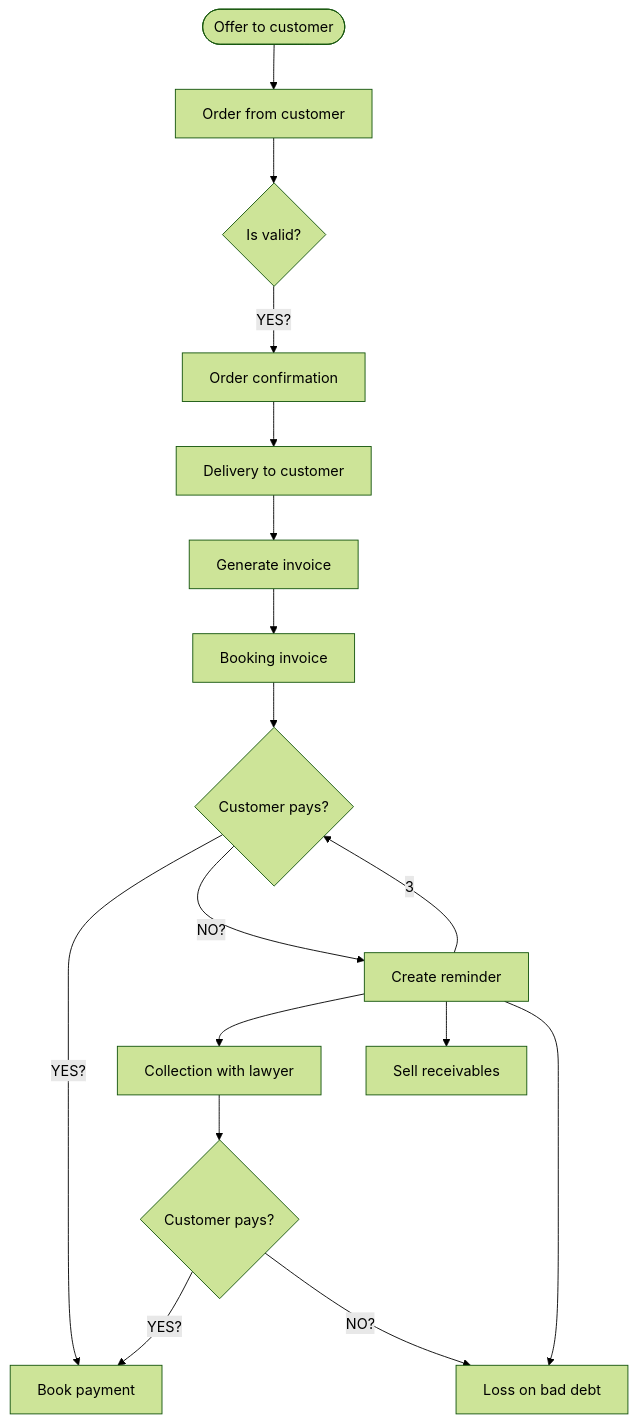
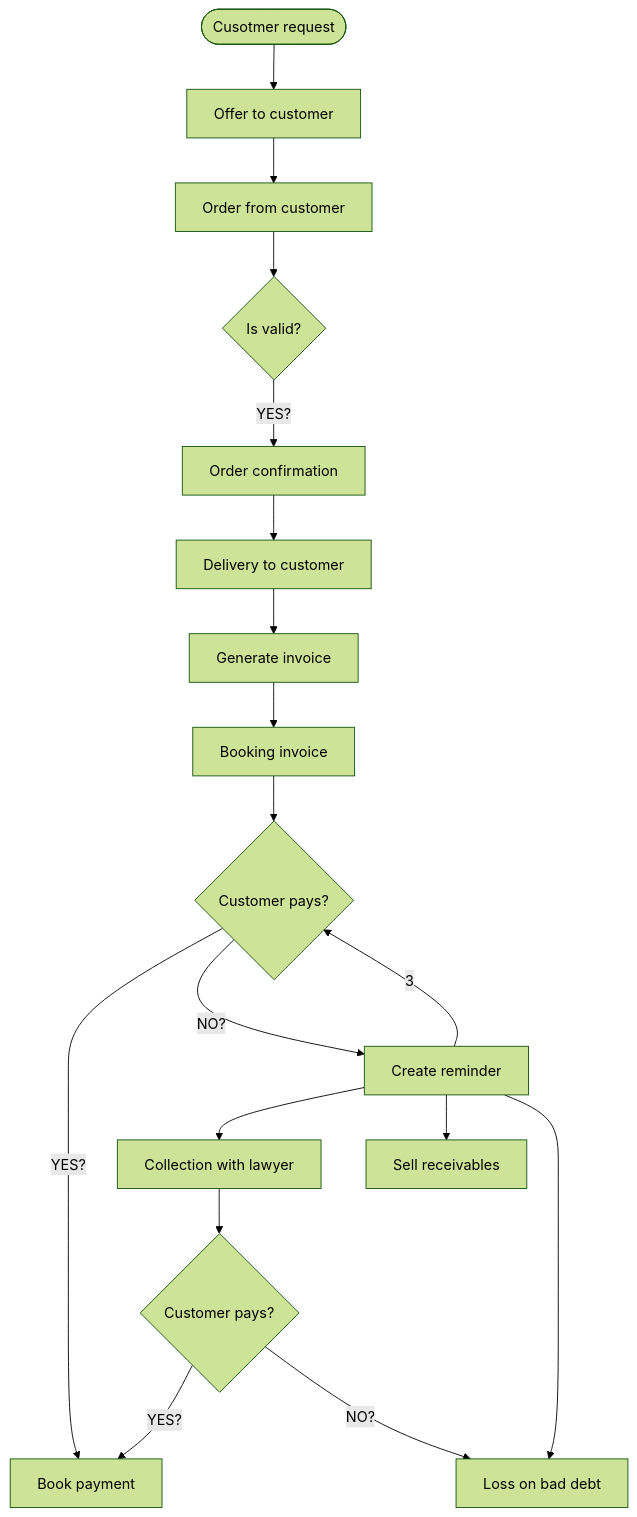
One commit to Karaka-Management/Organization-Guide changed the diagram in Processes/03_Sales_Flowchart.md. Above: the diagram before and after it, drawn with Mermaid (forest theme).

````diff
--- a/Processes/03_Sales_Flowchart.md
+++ b/Processes/03_Sales_Flowchart.md
@@ -3,20 +3,21 @@
 ```mermaid
 graph TD;
-    OFFER([Offer to customer])-->ORDER[Order from customer];
+    REQUEST([Cusotmer request])-->OFFER[Offer to customer]
+    OFFER-->ORDER[Order from customer];
     ORDER-->VALID_ORDER{Is valid?};
     VALID_ORDER--YES?-->ORDER_CONFIRMATION[Order confirmation];
     ORDER_CONFIRMATION-->DELIVERY[Delivery to customer];
     DELIVERY-->INVOICE[Generate invoice];
     INVOICE-->BOOKING[Booking invoice];
     BOOKING-->PAYMENT{Customer pays?};
     PAYMENT--YES?-->BOOKING_PAYMENT[Book payment];
     PAYMENT--NO?-->REMINDER[Create reminder];
     REMINDER--3-->PAYMENT;
     REMINDER-->LAWYER[Collection with lawyer];
     REMINDER-->SELL_RECEIVABLE[Sell receivables];
     REMINDER-->BAD_DEBT[Loss on bad debt];
     LAWYER-->LAWYER_PAID{Customer pays?};
     LAWYER_PAID--YES?-->BOOKING_PAYMENT;
     LAWYER_PAID--NO?-->BAD_DEBT;
     
 ```
````
